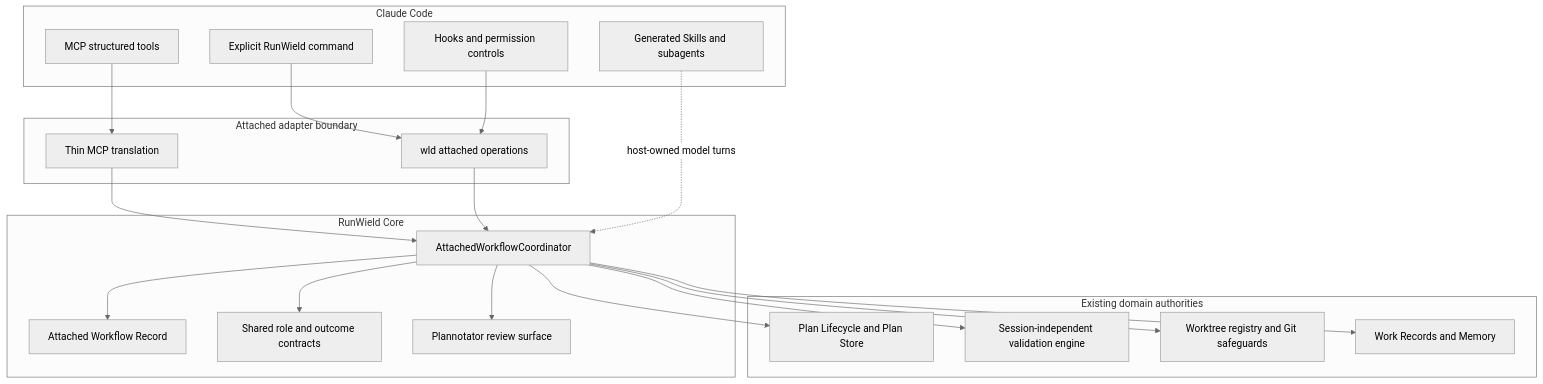
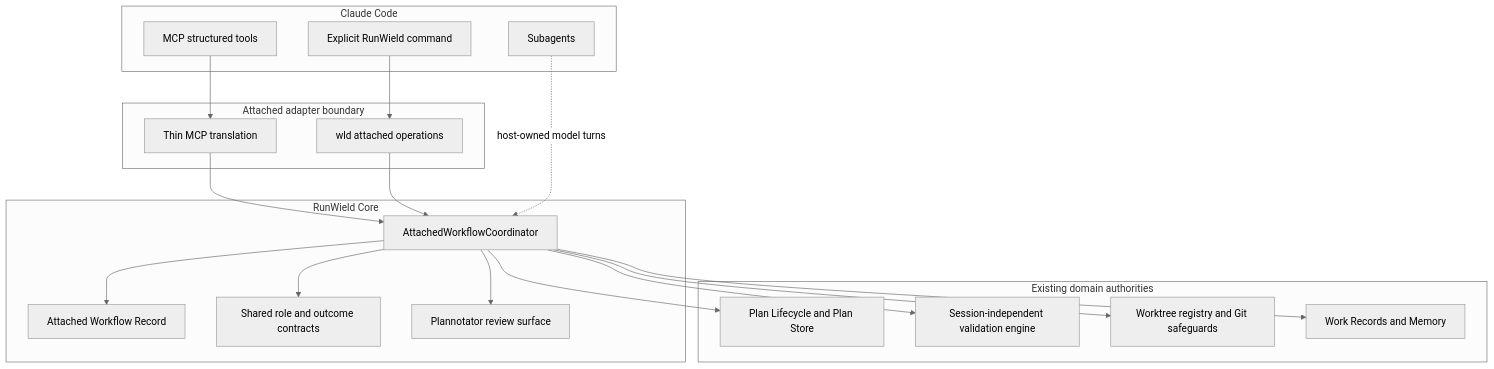
The first of 3 diagrams in docs/plans/attached-mode-claude-feature-preview.md (gandazgul/runwield), drawn with Mermaid (neutral theme) before and after one commit. The commit also changed other lines of this file and 25 other files, not shown here.

````diff
--- a/docs/plans/attached-mode-claude-feature-preview.md
+++ b/docs/plans/attached-mode-claude-feature-preview.md
@@ -109,42 +109,40 @@
 ```mermaid
 graph TD
     subgraph Claude["Claude Code"]
         Command["Explicit RunWield command"]
-        Hooks["Hooks and permission controls"]
-        Skills["Generated Skills and subagents"]
+        Subagents["Subagents"]
         Tools["MCP structured tools"]
     end
 
     subgraph Boundary["Attached adapter boundary"]
         CLI["wld attached operations"]
         MCP["Thin MCP translation"]
     end
 
     subgraph Core["RunWield Core"]
         Coordinator["AttachedWorkflowCoordinator"]
         Record["Attached Workflow Record"]
         Contracts["Shared role and outcome contracts"]
         Review["Plannotator review surface"]
     end
 
     subgraph Authorities["Existing domain authorities"]
         Lifecycle["Plan Lifecycle and Plan Store"]
         Validation["Session-independent validation engine"]
         Worktree["Worktree registry and Git safeguards"]
         Knowledge["Work Records and Memory"]
     end
 
     Command --> CLI
-    Hooks --> CLI
     Tools --> MCP
     MCP --> Coordinator
     CLI --> Coordinator
-    Skills -. "host-owned model turns" .-> Coordinator
+    Subagents -. "host-owned model turns" .-> Coordinator
     Coordinator --> Record
     Coordinator --> Contracts
     Coordinator --> Review
     Coordinator --> Lifecycle
     Coordinator --> Validation
     Coordinator --> Worktree
     Coordinator --> Knowledge
 ```
````
